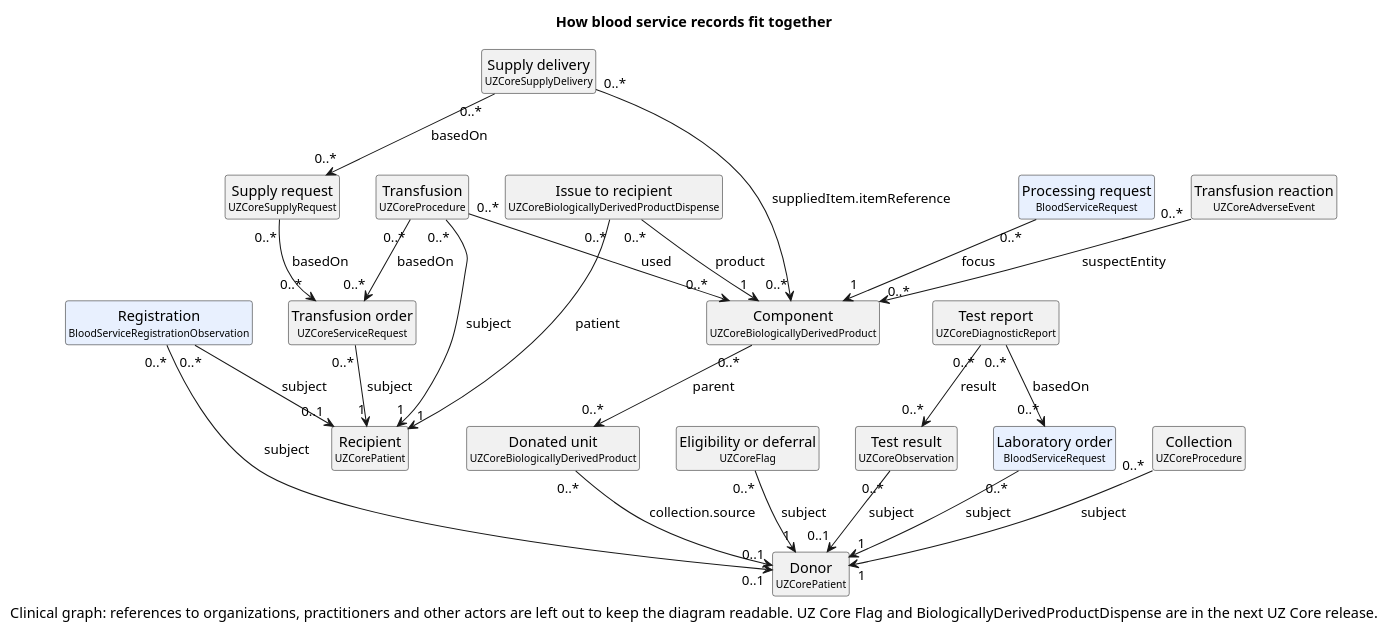
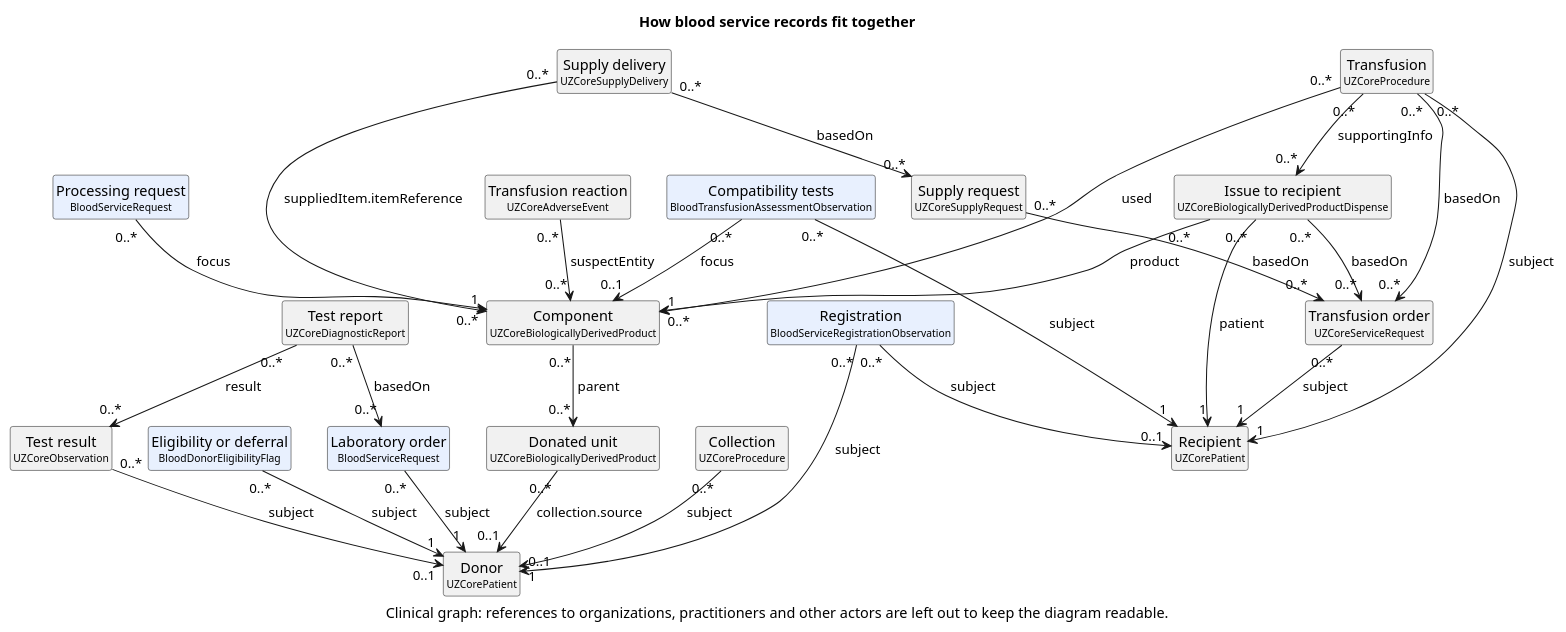
Before and after one commit to BEKHZOD98/digital-health-integration: the diagram in input/images-source/blood-service-model-en.plantuml, drawn with PlantUML. The commit also changed 54 other files, not shown here.

```diff
--- a/input/images-source/blood-service-model-en.plantuml
+++ b/input/images-source/blood-service-model-en.plantuml
@@ -1,48 +1,53 @@
 @startuml blood-service-model-en
 hide circle
 hide empty members
 title How blood service records fit together
 
 class "Donor\n<size:10>UZCorePatient</size>" as Donor [[https://dhp.uz/fhir/core/en/StructureDefinition-uz-core-patient.html{Open UZCorePatient}]]
 class "Recipient\n<size:10>UZCorePatient</size>" as Recipient [[https://dhp.uz/fhir/core/en/StructureDefinition-uz-core-patient.html{Open UZCorePatient}]]
 class "Registration\n<size:10>BloodServiceRegistrationObservation</size>" as Reg [[StructureDefinition-blood-service-registration-observation.html{Open BloodServiceRegistrationObservation}]] #E8F0FE
-class "Eligibility or deferral\n<size:10>UZCoreFlag</size>" as Flag
+class "Eligibility or deferral\n<size:10>BloodDonorEligibilityFlag</size>" as Flag [[StructureDefinition-blood-donor-eligibility-flag.html{Open BloodDonorEligibilityFlag}]] #E8F0FE
 class "Test result\n<size:10>UZCoreObservation</size>" as Test [[https://dhp.uz/fhir/core/en/StructureDefinition-uz-core-observation.html{Open UZCoreObservation}]]
 class "Test report\n<size:10>UZCoreDiagnosticReport</size>" as Report [[https://dhp.uz/fhir/core/en/StructureDefinition-uz-core-diagnostic-report.html{Open UZCoreDiagnosticReport}]]
 class "Laboratory order\n<size:10>BloodServiceRequest</size>" as LabOrder [[StructureDefinition-blood-servicerequest.html{Open BloodServiceRequest}]] #E8F0FE
 class "Processing request\n<size:10>BloodServiceRequest</size>" as ProcReq [[StructureDefinition-blood-servicerequest.html{Open BloodServiceRequest}]] #E8F0FE
 class "Collection\n<size:10>UZCoreProcedure</size>" as Coll [[https://dhp.uz/fhir/core/en/StructureDefinition-uz-core-procedure.html{Open UZCoreProcedure}]]
 class "Donated unit\n<size:10>UZCoreBiologicallyDerivedProduct</size>" as Unit [[https://dhp.uz/fhir/core/en/StructureDefinition-uz-core-biologically-derived-product.html{Open UZCoreBiologicallyDerivedProduct}]]
 class "Component\n<size:10>UZCoreBiologicallyDerivedProduct</size>" as Comp [[https://dhp.uz/fhir/core/en/StructureDefinition-uz-core-biologically-derived-product.html{Open UZCoreBiologicallyDerivedProduct}]]
 class "Transfusion order\n<size:10>UZCoreServiceRequest</size>" as Order [[https://dhp.uz/fhir/core/en/StructureDefinition-uz-core-servicerequest.html{Open UZCoreServiceRequest}]]
 class "Supply request\n<size:10>UZCoreSupplyRequest</size>" as SReq [[https://dhp.uz/fhir/core/en/StructureDefinition-uz-core-supply-request.html{Open UZCoreSupplyRequest}]]
 class "Supply delivery\n<size:10>UZCoreSupplyDelivery</size>" as SDel [[https://dhp.uz/fhir/core/en/StructureDefinition-uz-core-supply-delivery.html{Open UZCoreSupplyDelivery}]]
-class "Issue to recipient\n<size:10>UZCoreBiologicallyDerivedProductDispense</size>" as Disp
+class "Issue to recipient\n<size:10>UZCoreBiologicallyDerivedProductDispense</size>" as Disp [[https://dhp.uz/fhir/core/en/StructureDefinition-uz-core-biologicallyderivedproductdispense.html{Open UZCoreBiologicallyDerivedProductDispense}]]
+class "Compatibility tests\n<size:10>BloodTransfusionAssessmentObservation</size>" as Assess [[StructureDefinition-blood-transfusion-assessment-observation.html{Open BloodTransfusionAssessmentObservation}]] #E8F0FE
 class "Transfusion\n<size:10>UZCoreProcedure</size>" as Tx [[https://dhp.uz/fhir/core/en/StructureDefinition-uz-core-procedure.html{Open UZCoreProcedure}]]
 class "Transfusion reaction\n<size:10>UZCoreAdverseEvent</size>" as AE [[https://dhp.uz/fhir/core/en/StructureDefinition-uz-core-adverse-event.html{Open UZCoreAdverseEvent}]]
 
 Reg "0..*" --> "0..1" Donor : « subject »
 Reg "0..*" --> "0..1" Recipient : « subject »
 Flag "0..*" --> "1" Donor : « subject »
 Test "0..*" --> "0..1" Donor : « subject »
 Report "0..*" --> "0..*" Test : « result »
 LabOrder "0..*" --> "1" Donor : « subject »
 Report "0..*" --> "0..*" LabOrder : « basedOn »
 Coll "0..*" --> "1" Donor : « subject »
 Unit "0..*" --> "0..1" Donor : « collection.source »
 Comp "0..*" --> "0..*" Unit : « parent »
 ProcReq "0..*" --> "1" Comp : « focus »
 Order "0..*" --> "1" Recipient : « subject »
 SReq "0..*" --> "0..*" Order : « basedOn »
 SDel "0..*" --> "0..*" SReq : « basedOn »
 SDel "0..*" --> "0..*" Comp : « suppliedItem.itemReference »
 Disp "0..*" --> "1" Comp : « product »
 Disp "0..*" --> "1" Recipient : « patient »
+Disp "0..*" --> "0..*" Order : « basedOn »
+Assess "0..*" --> "1" Recipient : « subject »
+Assess "0..*" --> "0..1" Comp : « focus »
 Tx "0..*" --> "0..*" Order : « basedOn »
 Tx "0..*" --> "0..*" Comp : « used »
 Tx "0..*" --> "1" Recipient : « subject »
+Tx "0..*" --> "0..*" Disp : « supportingInfo »
 AE "0..*" --> "0..*" Comp : « suspectEntity »
 
-caption Clinical graph: references to organizations, practitioners and other actors are left out to keep the diagram readable. UZ Core Flag and BiologicallyDerivedProductDispense are in the next UZ Core release.
+caption Clinical graph: references to organizations, practitioners and other actors are left out to keep the diagram readable.
 
 @enduml
```
